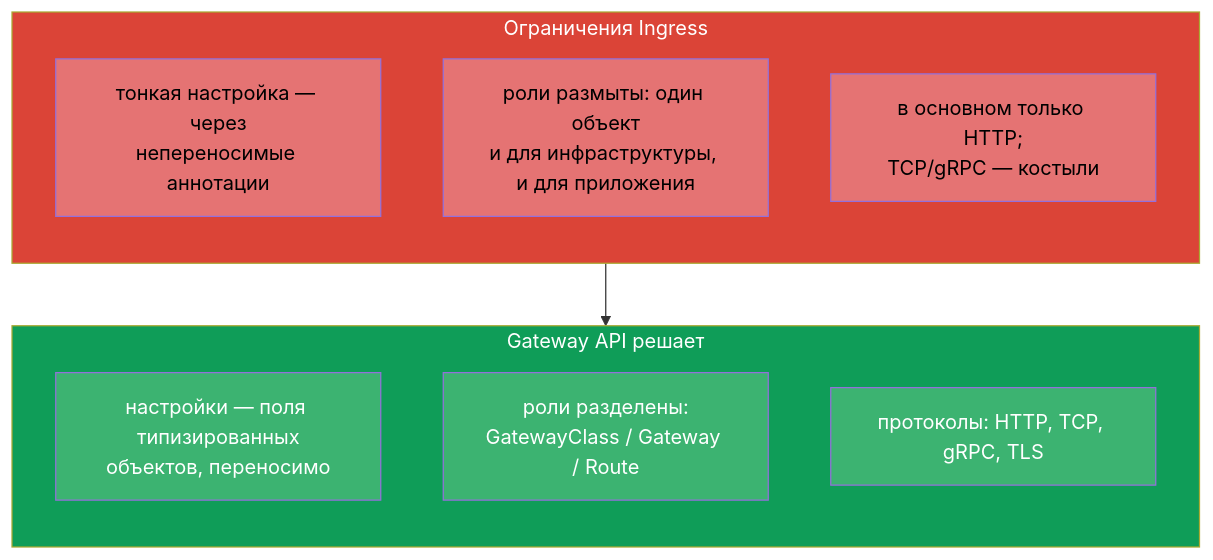
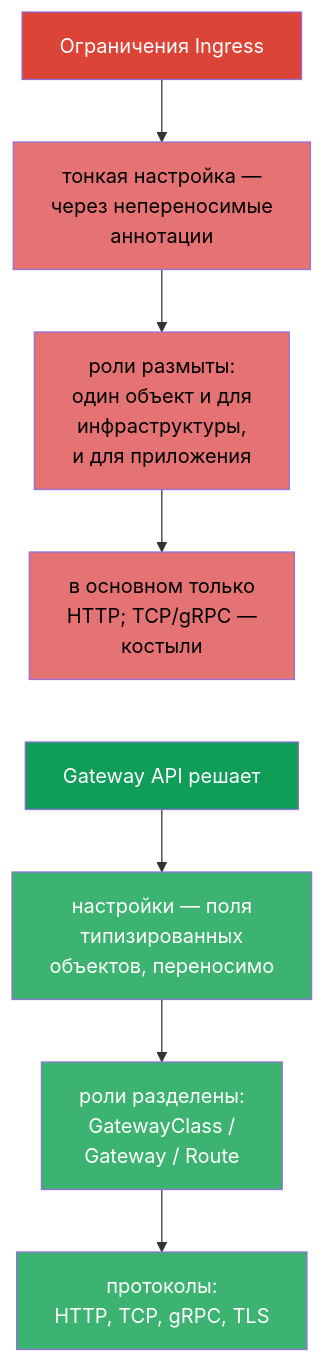
One commit to ViktorUJ/cks changed the first of 8 diagrams in tasks/cka/course/33/ru.md. Above: the diagram before and after it, drawn with Mermaid. The commit also changed other lines of this file and 30 other files, not shown here.

````diff
--- a/tasks/cka/course/33/ru.md
+++ b/tasks/cka/course/33/ru.md
@@ -14,24 +14,14 @@
 ```mermaid
 flowchart TB
-    subgraph Ingress["Ограничения Ingress"]
-        direction TB
-        i1["тонкая настройка — через<br>непереносимые аннотации"]
-        i2["роли размыты: один объект<br>и для инфраструктуры, и для приложения"]
-        i3["в основном только HTTP;<br>TCP/gRPC — костыли"]
-    end
-    subgraph Gateway["Gateway API решает"]
-        direction TB
-        g1["настройки — поля типизированных<br>объектов, переносимо"]
-        g2["роли разделены:<br>GatewayClass / Gateway / Route"]
-        g3["протоколы: HTTP, TCP, gRPC, TLS"]
-    end
-    Ingress --> Gateway
-    style Ingress fill:#db4437,color:#fff
-    style Gateway fill:#0f9d58,color:#fff
+    ing0["Ограничения Ingress"] --> i1["тонкая настройка —<br>через непереносимые<br>аннотации"] --> i2["роли размыты:<br>один объект и для<br>инфраструктуры,<br>и для приложения"] --> i3["в основном только<br>HTTP; TCP/gRPC —<br>костыли"]
+    gw0["Gateway API решает"] --> g1["настройки — поля<br>типизированных<br>объектов, переносимо"] --> g2["роли разделены:<br>GatewayClass /<br>Gateway / Route"] --> g3["протоколы:<br>HTTP, TCP, gRPC, TLS"]
+    i3 ~~~ gw0
+    style ing0 fill:#db4437,color:#fff
+    style gw0 fill:#0f9d58,color:#fff
     style i1 fill:#e57373,color:#000
     style i2 fill:#e57373,color:#000
     style i3 fill:#e57373,color:#000
     style g1 fill:#3cb371,color:#fff
     style g2 fill:#3cb371,color:#fff
     style g3 fill:#3cb371,color:#fff
 ```
````
